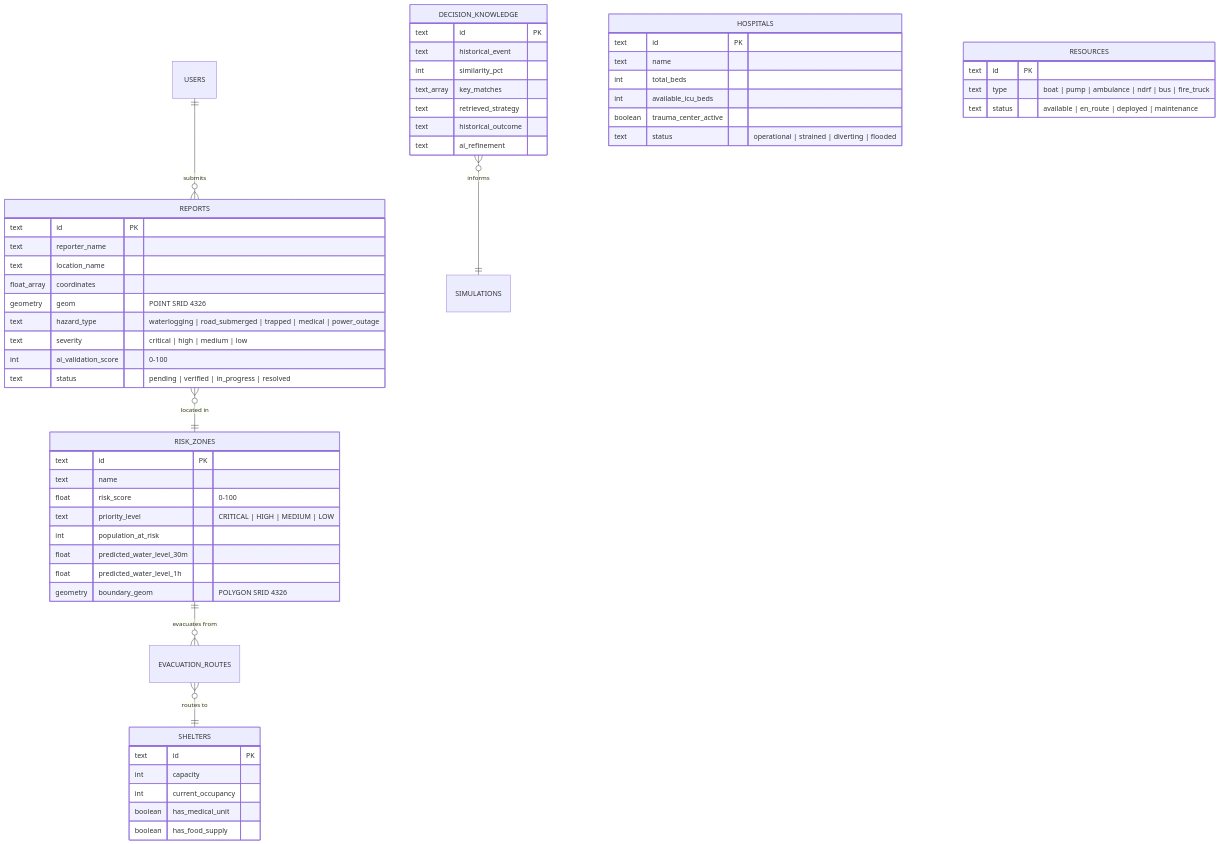
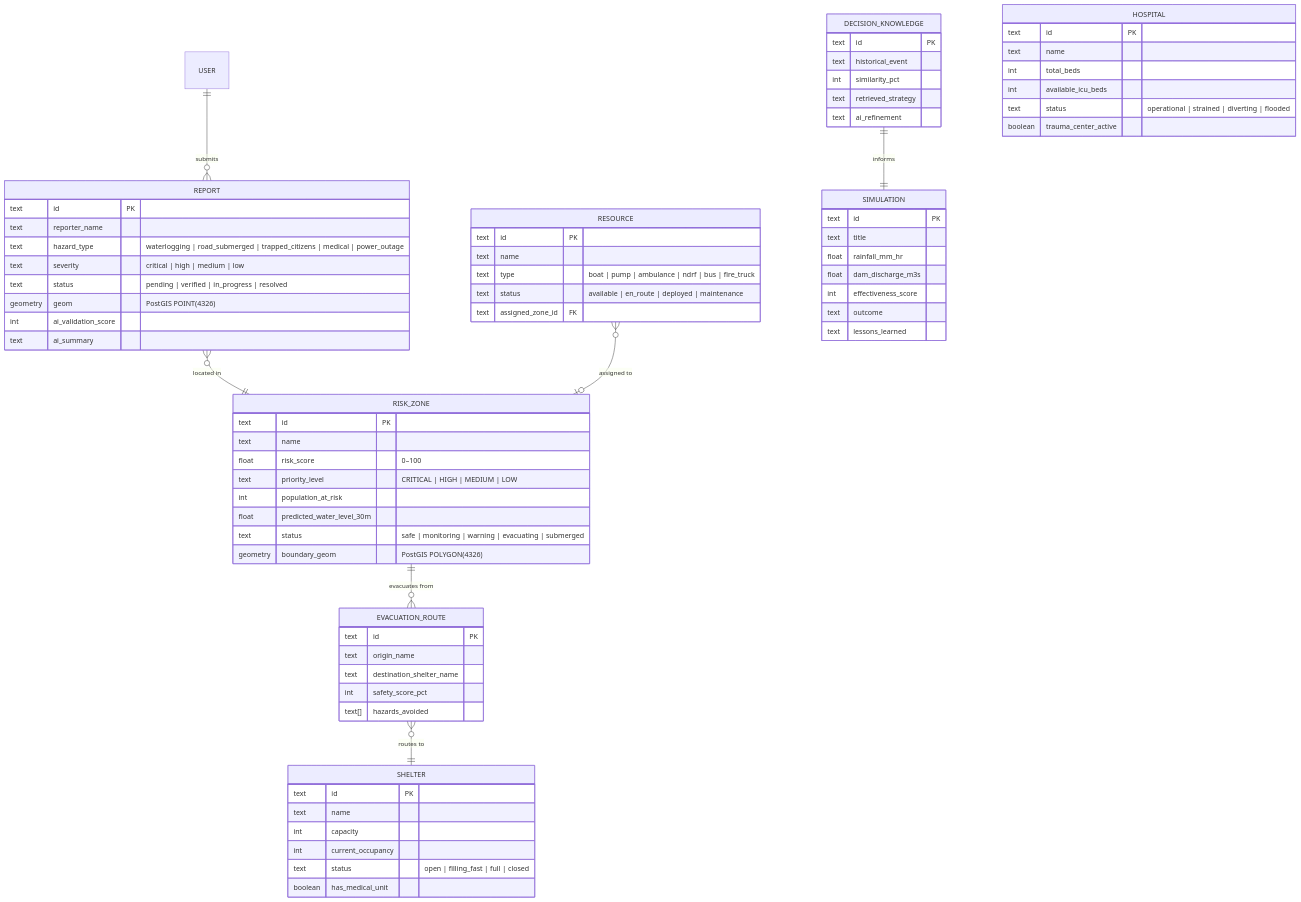
The third of 3 diagrams in README.md (goprocker/ResponseSync), drawn with Mermaid before and after one commit. The commit also changed other lines of this file and 9 other files, not shown here.

````diff
--- a/README.md
+++ b/README.md
@@ -575,64 +194,83 @@
 ```mermaid
 erDiagram
-    USERS ||--o{ REPORTS : "submits"
-    REPORTS }o--|| RISK_ZONES : "located in"
-    RISK_ZONES ||--o{ EVACUATION_ROUTES : "evacuates from"
-    EVACUATION_ROUTES }o--|| SHELTERS : "routes to"
-    DECISION_KNOWLEDGE }o--|| SIMULATIONS : "informs"
+    USER ||--o{ REPORT : "submits"
+    REPORT }o--|| RISK_ZONE : "located in"
+    RISK_ZONE ||--o{ EVACUATION_ROUTE : "evacuates from"
+    EVACUATION_ROUTE }o--|| SHELTER : "routes to"
+    RESOURCE }o--o| RISK_ZONE : "assigned to"
+    DECISION_KNOWLEDGE ||--|| SIMULATION : "informs"
 
-    REPORTS {
+    REPORT {
         text id PK
         text reporter_name
-        text location_name
-        float_array coordinates
-        geometry geom "POINT SRID 4326"
-        text hazard_type "waterlogging | road_submerged | trapped | medical | power_outage"
+        text hazard_type "waterlogging | road_submerged | trapped_citizens | medical | power_outage"
         text severity "critical | high | medium | low"
-        int ai_validation_score "0-100"
         text status "pending | verified | in_progress | resolved"
+        geometry geom "PostGIS POINT(4326)"
+        int ai_validation_score
+        text ai_summary
     }
 
-    RISK_ZONES {
+    RISK_ZONE {
         text id PK
         text name
-        float risk_score "0-100"
+        float risk_score "0–100"
         text priority_level "CRITICAL | HIGH | MEDIUM | LOW"
         int population_at_risk
         float predicted_water_level_30m
-        float predicted_water_level_1h
-        geometry boundary_geom "POLYGON SRID 4326"
+        text status "safe | monitoring | warning | evacuating | submerged"
+        geometry boundary_geom "PostGIS POLYGON(4326)"
     }
 
-    HOSPITALS {
+    RESOURCE {
+        text id PK
+        text name
+        text type "boat | pump | ambulance | ndrf | bus | fire_truck"
+        text status "available | en_route | deployed | maintenance"
+        text assigned_zone_id FK
+    }
+
+    SHELTER {
+        text id PK
+        text name
+        int capacity
+        int current_occupancy
+        text status "open | filling_fast | full | closed"
+        boolean has_medical_unit
+    }
+
+    HOSPITAL {
         text id PK
         text name
         int total_beds
         int available_icu_beds
+        text status "operational | strained | diverting | flooded"
         boolean trauma_center_active
-        text status "operational | strained | diverting | flooded"
+    }
+
+    SIMULATION {
+        text id PK
+        text title
+        float rainfall_mm_hr
+        float dam_discharge_m3s
+        int effectiveness_score
+        text outcome
+        text lessons_learned
     }
 
     DECISION_KNOWLEDGE {
         text id PK
         text historical_event
         int similarity_pct
-        text_array key_matches
         text retrieved_strategy
-        text historical_outcome
         text ai_refinement
     }
 
-    RESOURCES {
+    EVACUATION_ROUTE {
         text id PK
-        text type "boat | pump | ambulance | ndrf | bus | fire_truck"
-        text status "available | en_route | deployed | maintenance"
-    }
-
-    SHELTERS {
-        text id PK
-        int capacity
-        int current_occupancy
-        boolean has_medical_unit
-        boolean has_food_supply
+        text origin_name
+        text destination_shelter_name
+        int safety_score_pct
+        text[] hazards_avoided
     }
 ```
````
